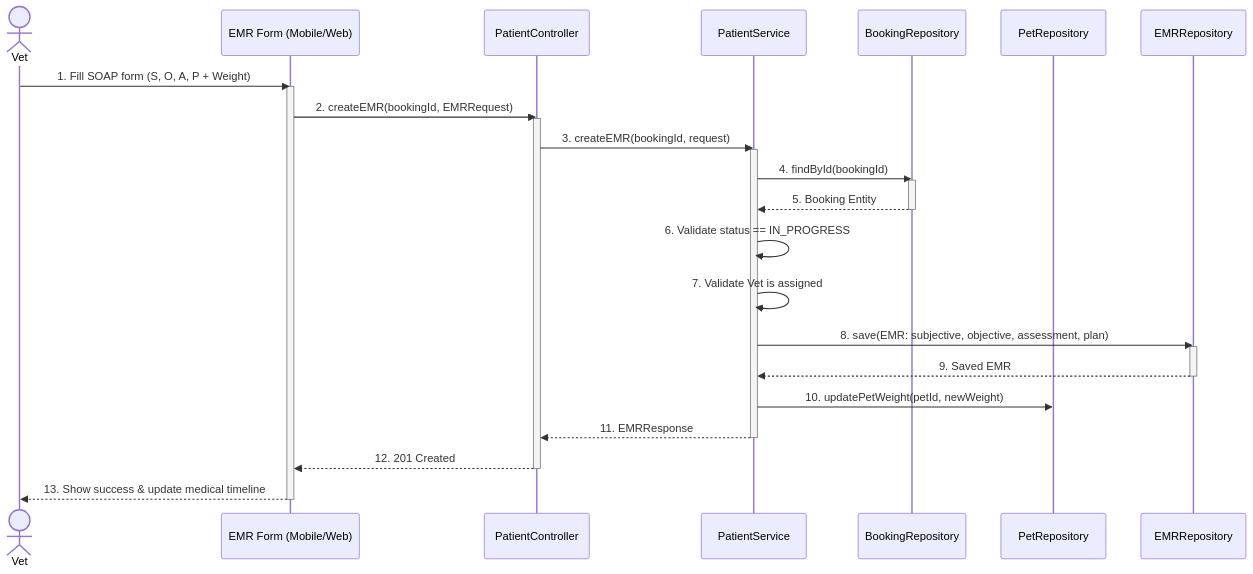
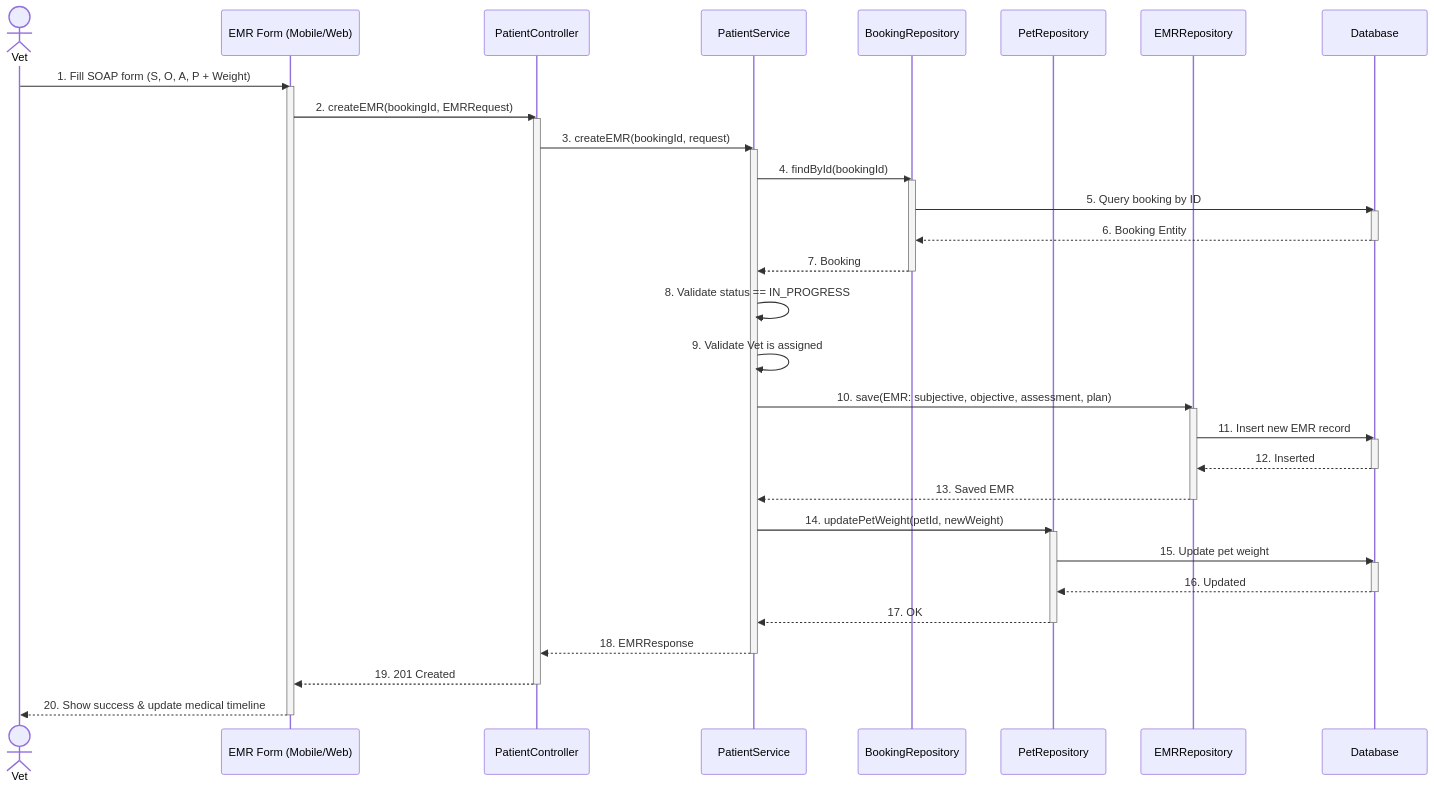
Diagram 33 of 42 in docs-references/documentation/SDD/REPORT_4_SDD_SYSTEM_DESIGN.md (espresso23/Petties-Veterinary-Appointment-Booking-Platform), drawn with Mermaid before and after one commit. The commit also changed other lines of this file and 15 other files, not shown here.

````diff
--- a/docs-references/documentation/SDD/REPORT_4_SDD_SYSTEM_DESIGN.md
+++ b/docs-references/documentation/SDD/REPORT_4_SDD_SYSTEM_DESIGN.md
@@ -2282,34 +2573,50 @@
 ```mermaid
 sequenceDiagram
     actor V as Vet
     participant UI as EMR Form (Mobile/Web)
     participant PC as PatientController
     participant PS as PatientService
     participant BR as BookingRepository
     participant PR as PetRepository
     participant EMRR as EMRRepository
+    participant DB as Database
 
     V->>UI: 1. Fill SOAP form (S, O, A, P + Weight)
     activate UI
     UI->>PC: 2. createEMR(bookingId, EMRRequest)
     activate PC
     PC->>PS: 3. createEMR(bookingId, request)
     activate PS
     PS->>BR: 4. findById(bookingId)
     activate BR
-    BR-->>PS: 5. Booking Entity
+    BR->>DB: 5. Query booking by ID
+    activate DB
+    DB-->>BR: 6. Booking Entity
+    deactivate DB
+    BR-->>PS: 7. Booking
     deactivate BR
-    PS->>PS: 6. Validate status == IN_PROGRESS
-    PS->>PS: 7. Validate Vet is assigned
-    PS->>EMRR: 8. save(EMR: subjective, objective, assessment, plan)
+    PS->>PS: 8. Validate status == IN_PROGRESS
+    PS->>PS: 9. Validate Vet is assigned
+    PS->>EMRR: 10. save(EMR: subjective, objective, assessment, plan)
     activate EMRR
-    EMRR-->>PS: 9. Saved EMR
+    EMRR->>DB: 11. Insert new EMR record
+    activate DB
+    DB-->>EMRR: 12. Inserted
+    deactivate DB
+    EMRR-->>PS: 13. Saved EMR
     deactivate EMRR
-    PS->>PR: 10. updatePetWeight(petId, newWeight)
-    PS-->>PC: 11. EMRResponse
+    PS->>PR: 14. updatePetWeight(petId, newWeight)
+    activate PR
+    PR->>DB: 15. Update pet weight
+    activate DB
+    DB-->>PR: 16. Updated
+    deactivate DB
+    PR-->>PS: 17. OK
+    deactivate PR
+    PS-->>PC: 18. EMRResponse
     deactivate PS
-    PC-->>UI: 12. 201 Created
+    PC-->>UI: 19. 201 Created
     deactivate PC
-    UI-->>V: 13. Show success & update medical timeline
+    UI-->>V: 20. Show success & update medical timeline
     deactivate UI
 ```
````
